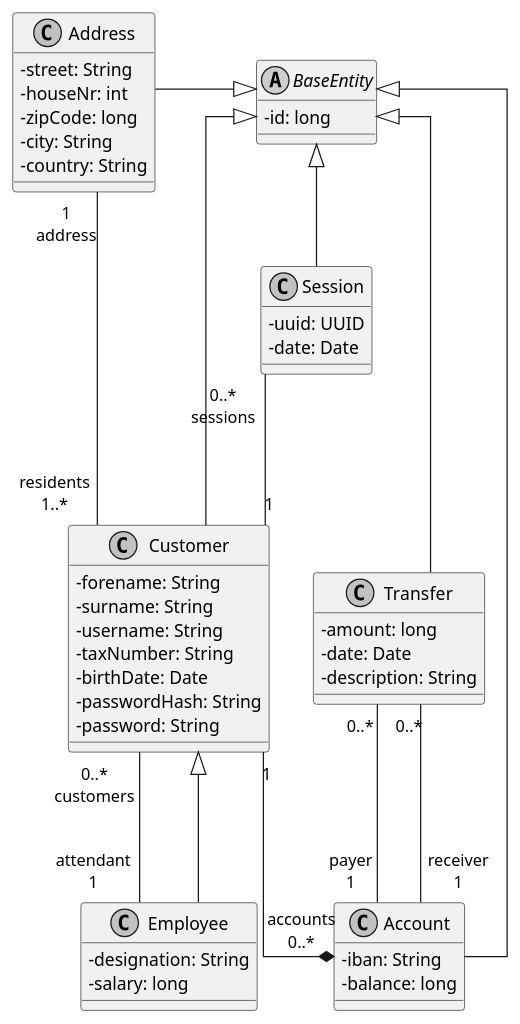
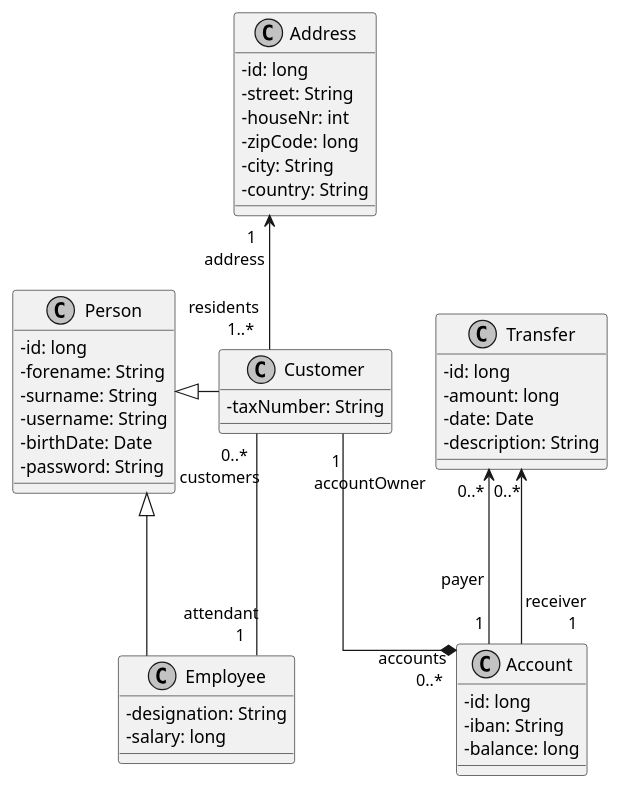
One commit to SteffBauer/sw_project changed the diagram in documentation/diagrams/DiagramClass_BankingService.puml. Above: the diagram before and after it, drawn with PlantUML. The commit also changed 1 other file, not shown here.

Commit message:
worked on class and component diagram

```diff
--- a/documentation/diagrams/DiagramClass_BankingService.puml
+++ b/documentation/diagrams/DiagramClass_BankingService.puml
@@ -1,76 +1,67 @@
 @startuml
 skinparam classAttributeIconSize 0
 skinparam linetype ortho
 skinparam monochrome true
 
-' Declare Classes
-abstract class BaseEntity{
-   - id: long
-   '- getId(): long
-   '+ equals(object: Object): boolean
-   '+ hashCode(): int
-}
 
 class Account{
+  - id: long
   - iban: String
   - balance: long
 }
 
 class Address{
+  - id: long
   - street: String
   - houseNr: int
   - zipCode: long
   - city: String
   - country: String
   '+ getResidents(): List<Customer>
   '+ addResident(customer: Customer): void
 }
 
-class Customer{
+class Person{
+  - id: long
   - forename: String
   - surname: String
   - username: String
-  - taxNumber: String
   - birthDate: Date
-  - passwordHash: String
   - password: String
 }
 
 class Employee{
    - designation: String
    - salary: long
 }
 
-class Session{
-  - uuid: UUID
-  - date: Date
+class Customer{
+  - taxNumber: String
 }
 
+
 class Transfer{
+  - id: long
   - amount: long
   - date: Date
   - description: String
 }
 
-BaseEntity <|-- Account
-BaseEntity <|-left- Address
-BaseEntity <|-- Customer
-BaseEntity <|-- Session
-BaseEntity <|-- Transfer
 
 ' Declare relationship of classes
-Session "0..*\nsessions" --- "1" Customer
-Customer "1" ---* "accounts\n0..*" Account
-Address "1\naddress" --- "residents\n1..*" Customer
-Transfer "0..*" --- "payer\n1" Account
-Transfer "0..*" --- "receiver\n1" Account
-Customer "0..*\ncustomers" --- "attendant\n1" Employee
+Customer "1\n\t\taccountOwner" ---* "accounts\n\t0..*" Account
+Address "\t1\naddress" <-- "residents\n\t1..*" Customer
+Transfer "0..*" <-- "payer\n\n\t1" Account
+Transfer "0..*" <-- "receiver\n\t1" Account
+Customer "0..*\ncustomers\t  " --- "attendant\n         1" Employee
 
 
-Customer <|-- Employee
+Person <|-- Employee
+Person <|-right-- Customer
 
 Address -[hidden]-> Customer
-'Session -[hidden]> Transfer
+Address -[hidden]-> Transfer
+Account -[hidden]> Transfer
 'Transfer -[hidden]> Account
 
 @enduml
```
